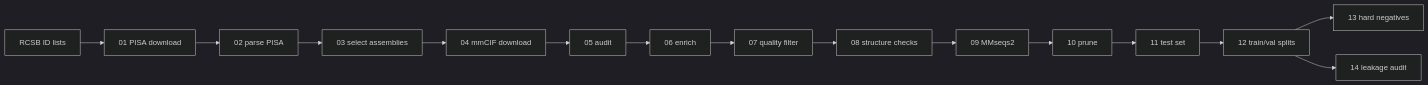
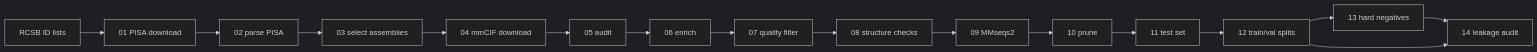
The diagram in README.md (marcos-bioinformatics/PPI_PDB_Scraper), drawn with Mermaid (dark theme) before and after one commit. The commit also changed other lines of this file, not shown here.

````diff
--- a/README.md
+++ b/README.md
@@ -47,8 +81,9 @@
 ```mermaid
 flowchart LR
   ids[RCSB ID lists] --> s01[01 PISA download] --> s02[02 parse PISA] --> s03[03 select assemblies]
   s03 --> s04[04 mmCIF download] --> s05[05 audit] --> s06[06 enrich]
   s06 --> s07[07 quality filter] --> s08[08 structure checks] --> s09[09 MMseqs2]
   s09 --> s10[10 prune] --> s11[11 test set] --> s12[12 train/val splits] --> s13[13 hard negatives]
-  s12 --> s14[14 leakage audit]
+  s13 --> s14[14 leakage audit]
+  s12 --> s14
 ```
````
